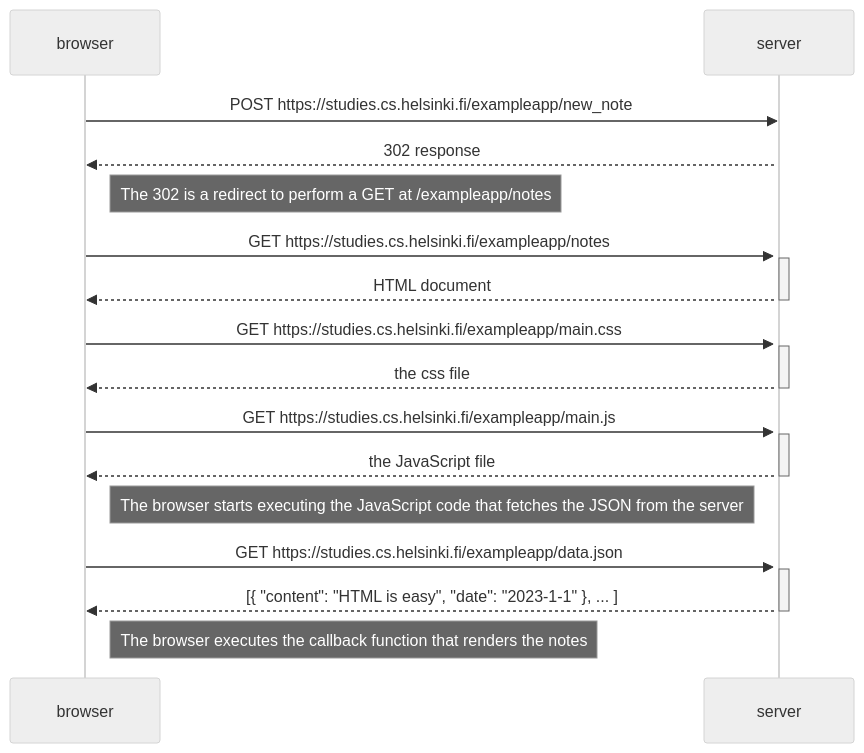
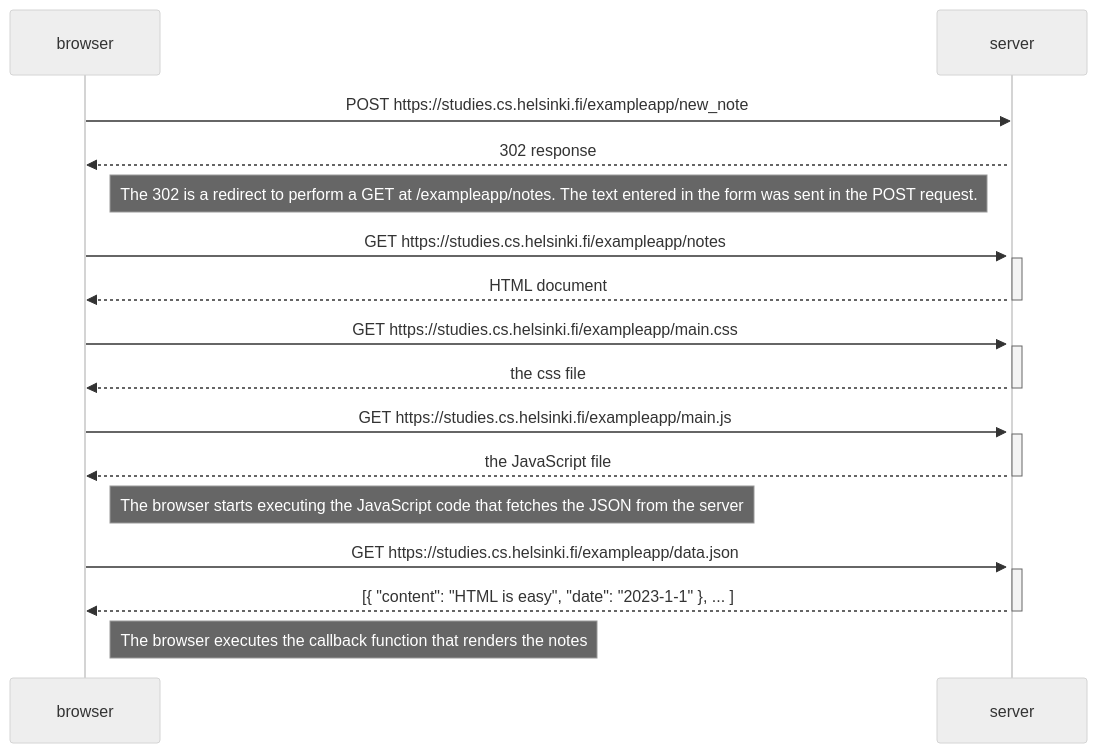
Before and after one commit to lederle/full_stack_open_part_0: the diagram in exercise_0.4/post_diagram.md, drawn with Mermaid (neutral theme).

Commit message:
add payload info to note

````diff
--- a/exercise_0.4/post_diagram.md
+++ b/exercise_0.4/post_diagram.md
@@ -1,35 +1,35 @@
 ```mermaid
 sequenceDiagram
   participant browser
   participant server
 
   browser->>server: POST https://studies.cs.helsinki.fi/exampleapp/new_note
   activate server
   server-->>browser: 302 response
 
-  Note right of browser: The 302 is a redirect to perform a GET at /exampleapp/notes
+  Note right of browser: The 302 is a redirect to perform a GET at /exampleapp/notes. The text entered in the form was sent in the POST request.
 
   browser->>server: GET https://studies.cs.helsinki.fi/exampleapp/notes
   activate server
   server-->>browser: HTML document
   deactivate server
 
   browser->>server: GET https://studies.cs.helsinki.fi/exampleapp/main.css
   activate server
   server-->>browser: the css file
   deactivate server
 
   browser->>server: GET https://studies.cs.helsinki.fi/exampleapp/main.js
   activate server
   server-->>browser: the JavaScript file
   deactivate server
 
   Note right of browser: The browser starts executing the JavaScript code that fetches the JSON from the server
 
   browser->>server: GET https://studies.cs.helsinki.fi/exampleapp/data.json
   activate server
   server-->>browser: [{ "content": "HTML is easy", "date": "2023-1-1" }, ... ]
   deactivate server
 
   Note right of browser: The browser executes the callback function that renders the notes
   ```
````
